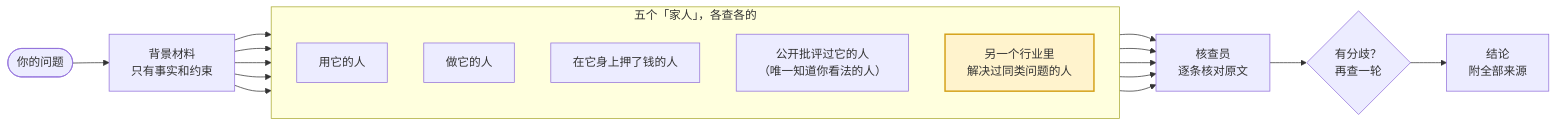
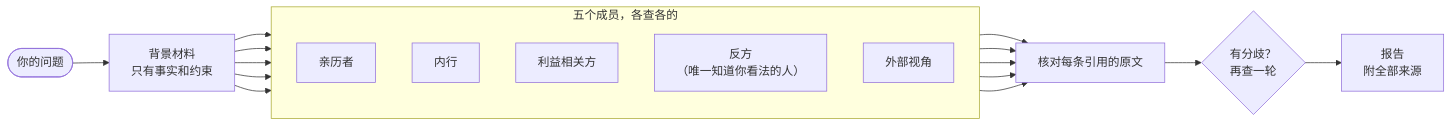
The diagram in README.zh-CN.md (xhyumiracle/family-skill), drawn with Mermaid before and after one commit. The commit also changed other lines of this file and 14 other files, not shown here.

````diff
--- a/README.zh-CN.md
+++ b/README.zh-CN.md
@@ -72,17 +72,16 @@
 ```mermaid
 flowchart LR
   Q([你的问题]) --> B["背景材料<br/>只有事实和约束"]
-  subgraph crew ["五个「家人」，各查各的"]
+  subgraph crew ["五个成员，各查各的"]
     direction TB
-    S1["用它的人"]
-    S2["做它的人"]
-    S3["在它身上押了钱的人"]
-    S4["公开批评过它的人<br/>（唯一知道你看法的人）"]
-    O["另一个行业里<br/>解决过同类问题的人"]:::far
+    S1["亲历者"]
+    S2["内行"]
+    S3["利益相关方"]
+    S4["反方<br/>（唯一知道你看法的人）"]
+    S5["外部视角"]
   end
-  B --> S1 & S2 & S3 & S4 & O
-  S1 & S2 & S3 & S4 & O --> V["核查员<br/>逐条核对原文"]
+  B --> S1 & S2 & S3 & S4 & S5
+  S1 & S2 & S3 & S4 & S5 --> V["核对每条引用的原文"]
   V --> E{"有分歧？<br/>再查一轮"}
-  E --> R["结论<br/>附全部来源"]
-  classDef far fill:#fff3cd,stroke:#d4a017,stroke-width:2px
+  E --> R["报告<br/>附全部来源"]
 ```
````
